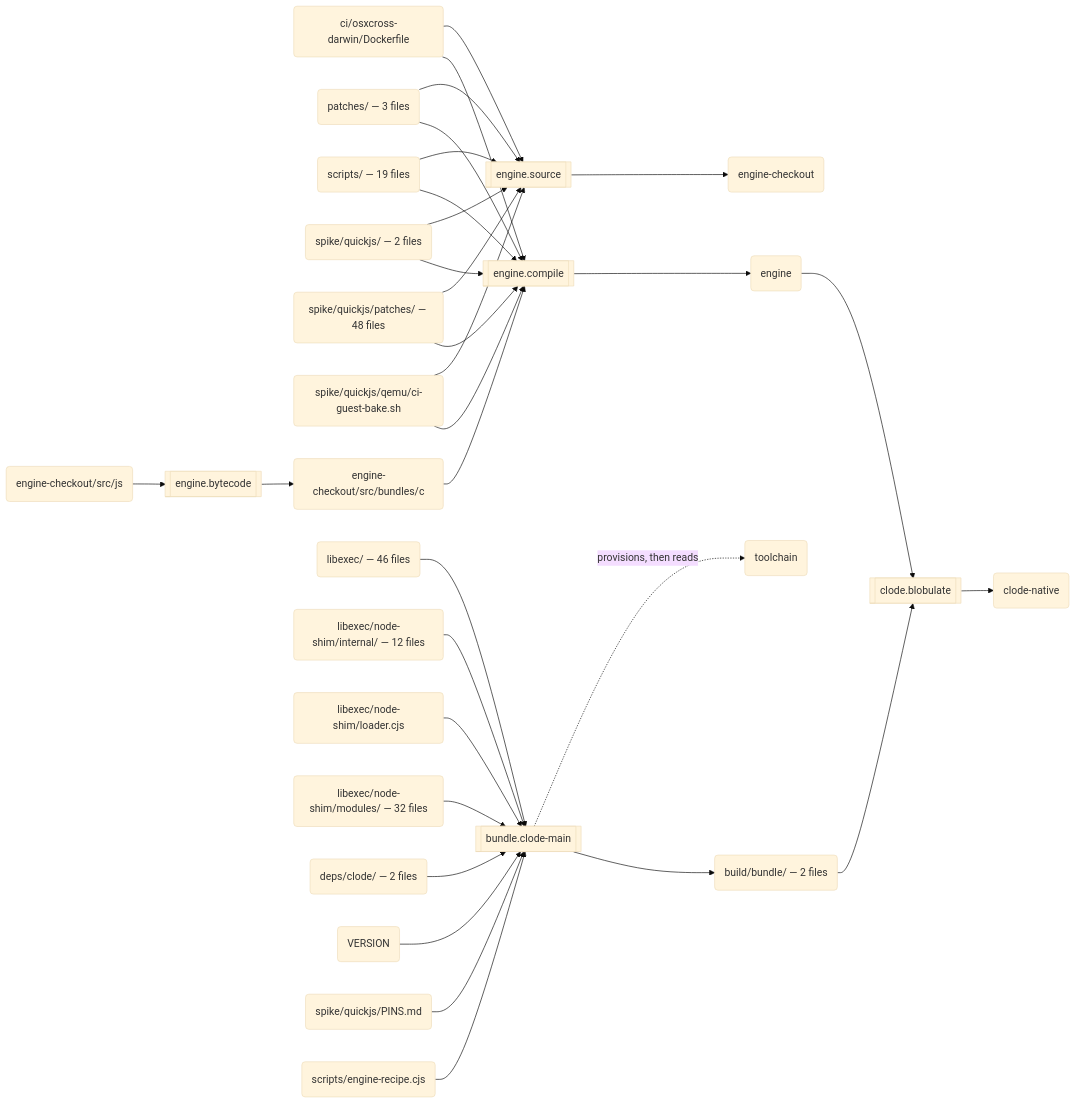
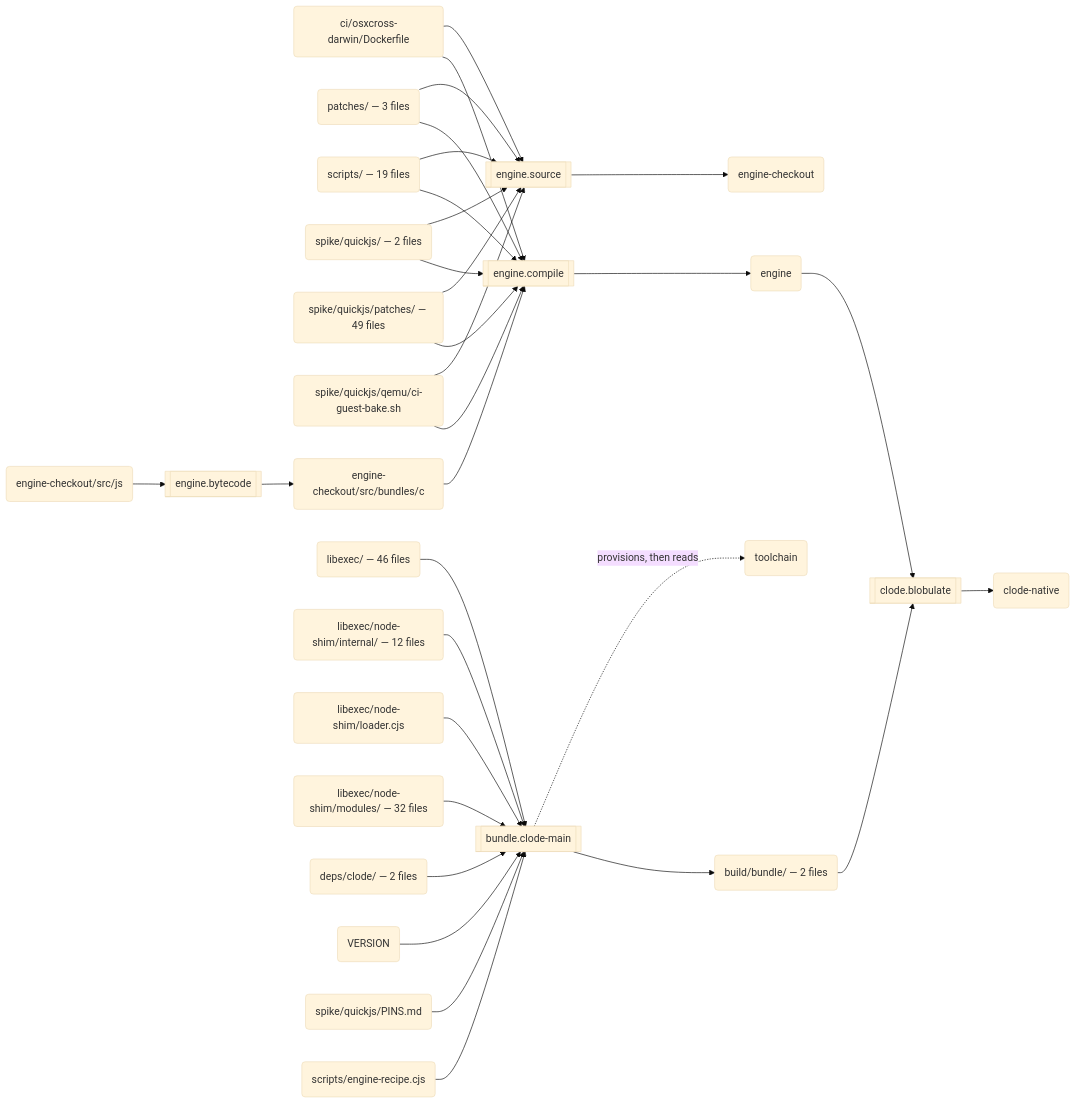
Before and after one commit to schmonz/clode: the second of 3 diagrams in docs/build.md, drawn with Mermaid (base theme). The commit also changed other lines of this file and 4 other files, not shown here.

````diff
--- a/docs/build.md
+++ b/docs/build.md
@@ -123,59 +123,59 @@
 ```mermaid
 flowchart LR
   s0[["engine.source"]]
   a0("ci/osxcross-darwin/Dockerfile")
   a1("patches/ — 3 files")
   a2("scripts/ — 19 files")
   a3("spike/quickjs/ — 2 files")
-  a4("spike/quickjs/patches/ — 48 files")
+  a4("spike/quickjs/patches/ — 49 files")
   a5("spike/quickjs/qemu/ci-guest-bake.sh")
   a6("engine-checkout")
   s1[["engine.bytecode"]]
   a7("engine-checkout/src/js")
   a8("engine-checkout/src/bundles/c")
   s2[["engine.compile"]]
   a9("engine")
   s3[["bundle.clode-main"]]
   a10("libexec/ — 46 files")
   a11("libexec/node-shim/internal/ — 12 files")
   a12("libexec/node-shim/loader.cjs")
   a13("libexec/node-shim/modules/ — 32 files")
   a14("deps/clode/ — 2 files")
   a15("VERSION")
   a16("spike/quickjs/PINS.md")
   a17("scripts/engine-recipe.cjs")
   a18("toolchain")
   a19("build/bundle/ — 2 files")
   s4[["clode.blobulate"]]
   a20("clode-native")
   a0 --> s0
   a1 --> s0
   a2 --> s0
   a3 --> s0
   a4 --> s0
   a5 --> s0
   s0 --> a6
   a7 --> s1
   s1 --> a8
   a8 --> s2
   a0 --> s2
   a1 --> s2
   a2 --> s2
   a3 --> s2
   a4 --> s2
   a5 --> s2
   s2 --> a9
   a10 --> s3
   a11 --> s3
   a12 --> s3
   a13 --> s3
   a14 --> s3
   a15 --> s3
   a16 --> s3
   a17 --> s3
   s3 -.->|"provisions, then reads"| a18
   s3 --> a19
   a9 --> s4
   a19 --> s4
   s4 --> a20
 ```
````
